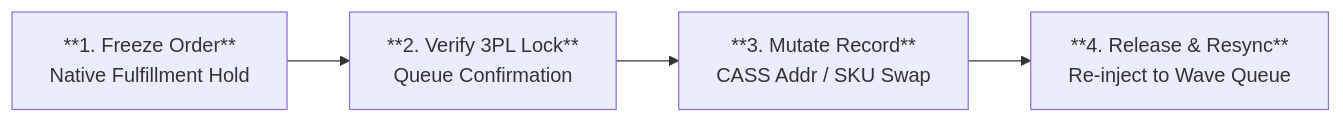
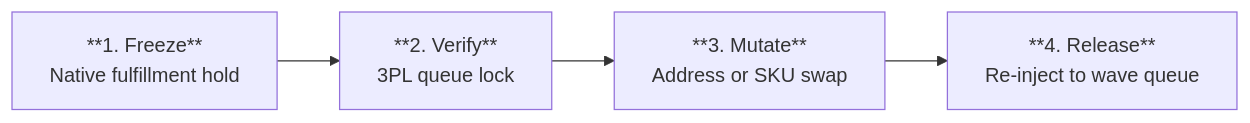
Before and after one commit to riovicsusas/portfolio: the second of 3 diagrams in master-dossiers/MasterDossier-Domain1-OrderStateMachineAndPONR.md, drawn with Mermaid. The commit also changed other lines of this file and 1 other file, not shown here.

````diff
--- a/master-dossiers/MasterDossier-Domain1-OrderStateMachineAndPONR.md
+++ b/master-dossiers/MasterDossier-Domain1-OrderStateMachineAndPONR.md
@@ -60,6 +84,6 @@
 ```mermaid
 flowchart LR
-    S1["**1. Freeze Order**<br>Native Fulfillment Hold"] --> S2["**2. Verify 3PL Lock**<br>Queue Confirmation"]
-    S2 --> S3["**3. Mutate Record**<br>CASS Addr / SKU Swap"]
-    S3 --> S4["**4. Release & Resync**<br>Re-inject to Wave Queue"]
+    S1["**1. Freeze**<br>Native fulfillment hold"] --> S2["**2. Verify**<br>3PL queue lock"]
+    S2 --> S3["**3. Mutate**<br>Address or SKU swap"]
+    S3 --> S4["**4. Release**<br>Re-inject to wave queue"]
 ```
````
